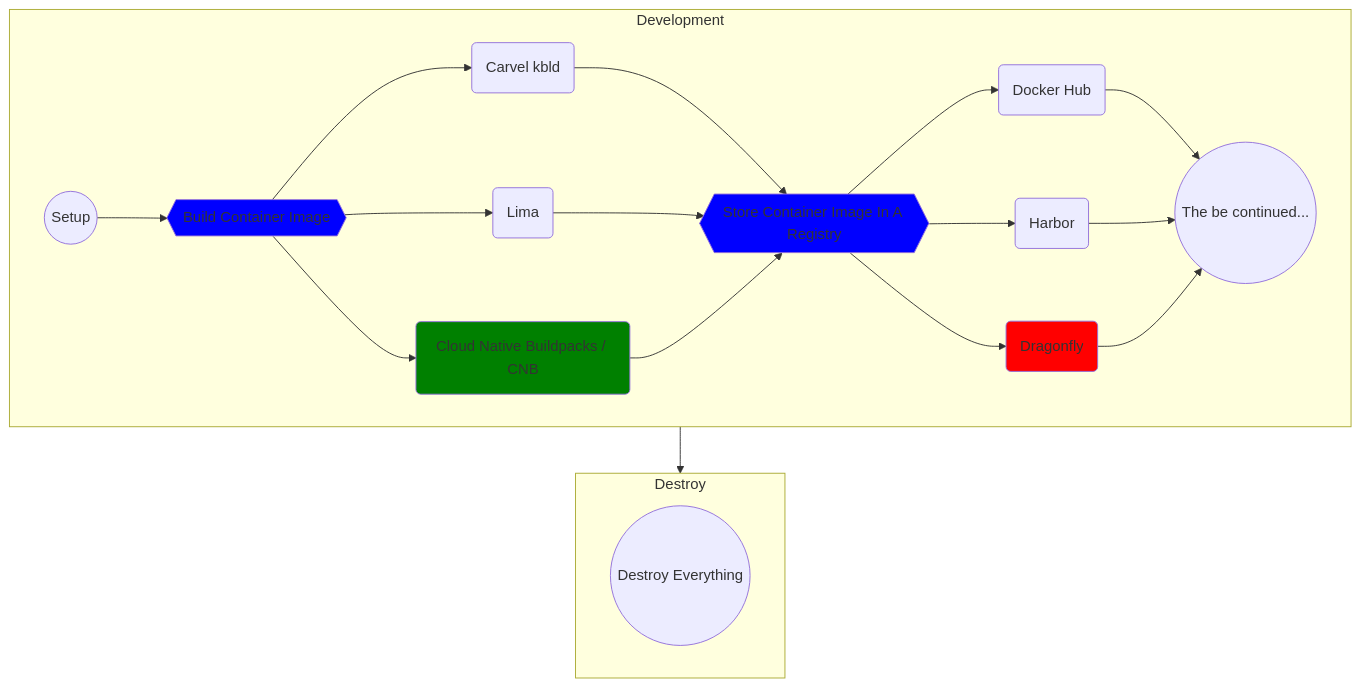
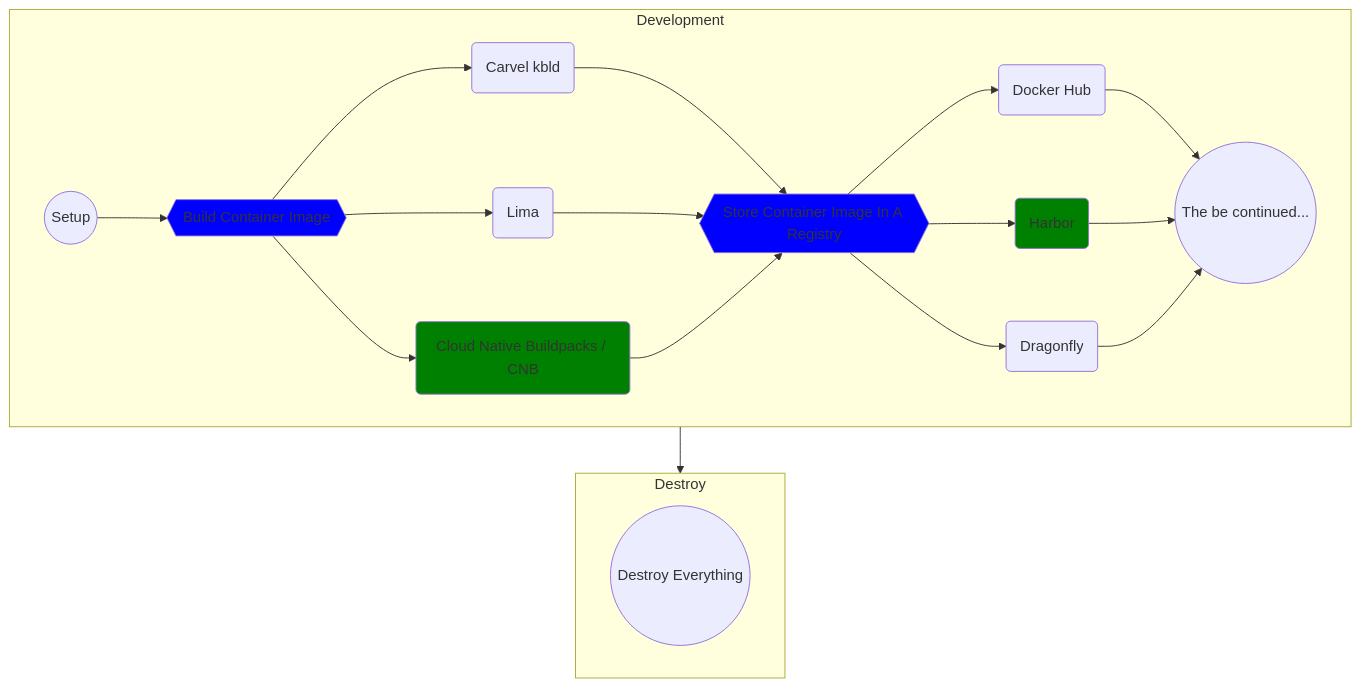
One commit to vfarcic/cncf-demo changed the second of 2 diagrams in README.md. Above: the diagram before and after it, drawn with Mermaid. The commit also changed 2 other files, not shown here.

````diff
--- a/README.md
+++ b/README.md
@@ -38,59 +38,59 @@
 ```mermaid
 flowchart TD
 
     subgraph Development
 
         %% -----------
         %% -- Setup --
         %% -----------
         setup-dev((Setup))
         click setup-dev "https://github.com/vfarcic/cncf-demo/blob/main/manuscript/setup/dev.md"
 
         %% -- Setup Connections --
         setup-dev-->bci
 
         %% ---------------------------
         %% -- Build Container Image --
         %% ---------------------------
         bci{{Build Container Image}}
         click bci "https://github.com/vfarcic/cncf-demo/blob/main/manuscript/build-container-image/README.md"
         style bci fill:blue
         bci-kbld(Carvel kbld)
         click bci-kbld "https://github.com/vfarcic/cncf-demo/blob/main/manuscript/build-container-image/kbld.md"
         bci-lima(Lima)
         click bci-lima "https://github.com/vfarcic/cncf-demo/blob/main/manuscript/build-container-image/lima.md"
         bci-buildpacks(Cloud Native Buildpacks / CNB)
         style bci-buildpacks fill:green
         click bci-buildpacks "https://github.com/vfarcic/cncf-demo/blob/main/manuscript/build-container-image/buildpacks.md"
 
         %% -- Build Container Image Connections --
         bci --> bci-kbld & bci-lima & bci-buildpacks --> registry
 
         %% -----------------------------------------
         %% -- Store Container Image in a Registry --
         %% -----------------------------------------
         registry{{Store Container Image In A Registry}}
         click registry "https://github.com/vfarcic/cncf-demo/blob/main/manuscript/registry/README.md"
         style registry fill:blue
         registry-docker-hub(Docker Hub)
         click registry-docker-hub "https://github.com/vfarcic/cncf-demo/blob/main/manuscript/registry/docker-hub.md"
         registry-harbor(Harbor)
         click registry-harbor "https://github.com/vfarcic/cncf-demo/blob/main/manuscript/registry/harbor.md"
+        style registry-harbor fill:green
         registry-dragonfly(Dragonfly)
         click registry-dragonfly "https://github.com/vfarcic/cncf-demo/blob/main/manuscript/registry/dragonfly.md"
-        style registry-dragonfly fill:red
         registry --> registry-docker-hub & registry-harbor & registry-dragonfly --> continue
 
         continue((The be continued...))
 
     end
 
     Development-->Destroy
 
     subgraph Destroy
 
         destroy((Destroy Everything))
         click destroy "https://github.com/vfarcic/cncf-demo/blob/main/manuscript/destroy.md"
 
     end
 ```
````
